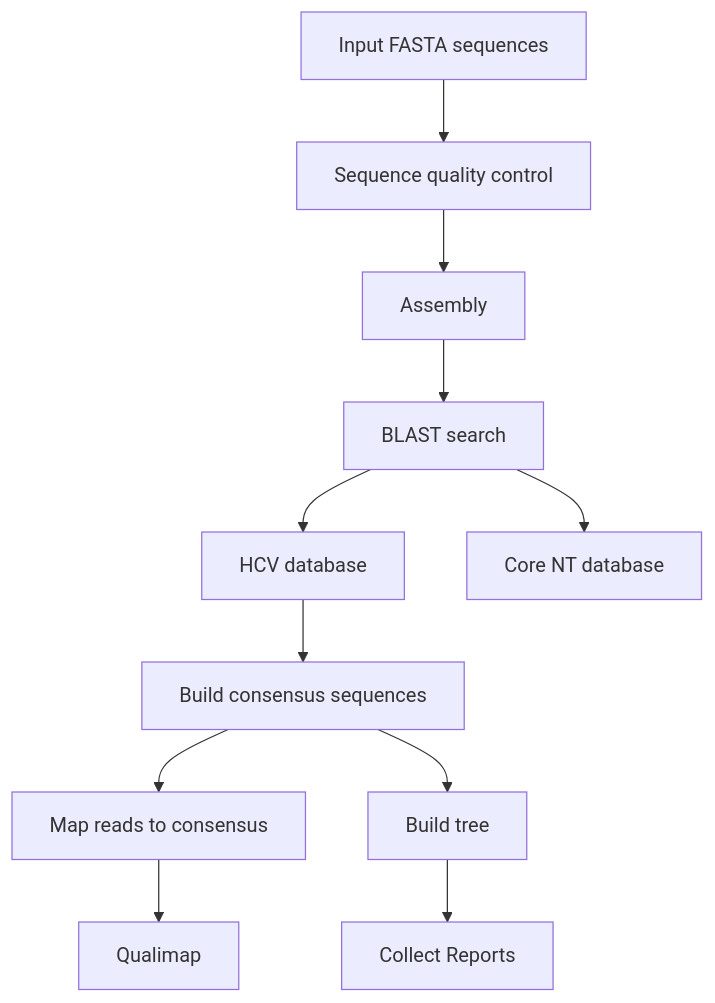
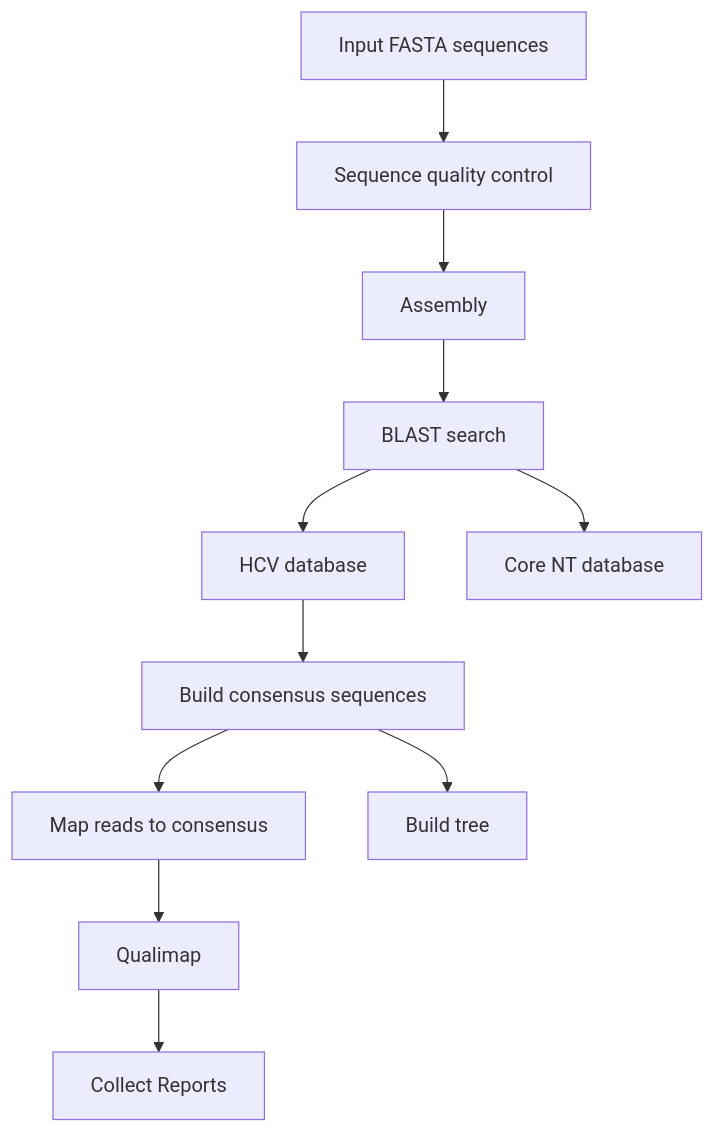
One commit to BCCDC-PHL/hcv-nf changed the diagram in README.md. Above: the diagram before and after it, drawn with Mermaid.

Commit message:
fix mermaid plot

````diff
--- a/README.md
+++ b/README.md
@@ -6,14 +6,14 @@
 ```mermaid
 graph TD
 
 A[Input FASTA sequences] --> B[Sequence quality control]
 B --> C[Assembly]
 C --> D[BLAST search]
 D --> DA[HCV database]
 D --> DB[Core NT database]
 DA --> E[Build consensus sequences]
 E --> F[Map reads to consensus]
 F --> G[Qualimap]
 E --> J[Build tree]
-J --> H[Collect Reports]
+G --> H[Collect Reports]
 ```
````
